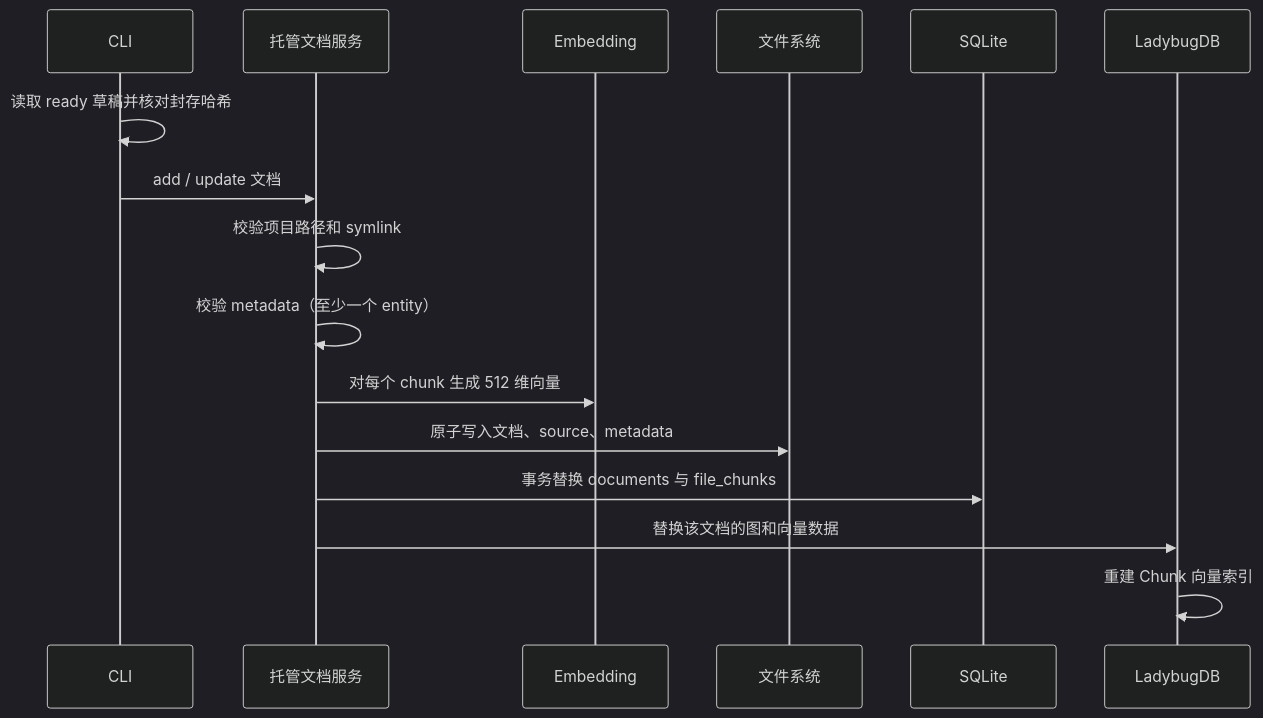
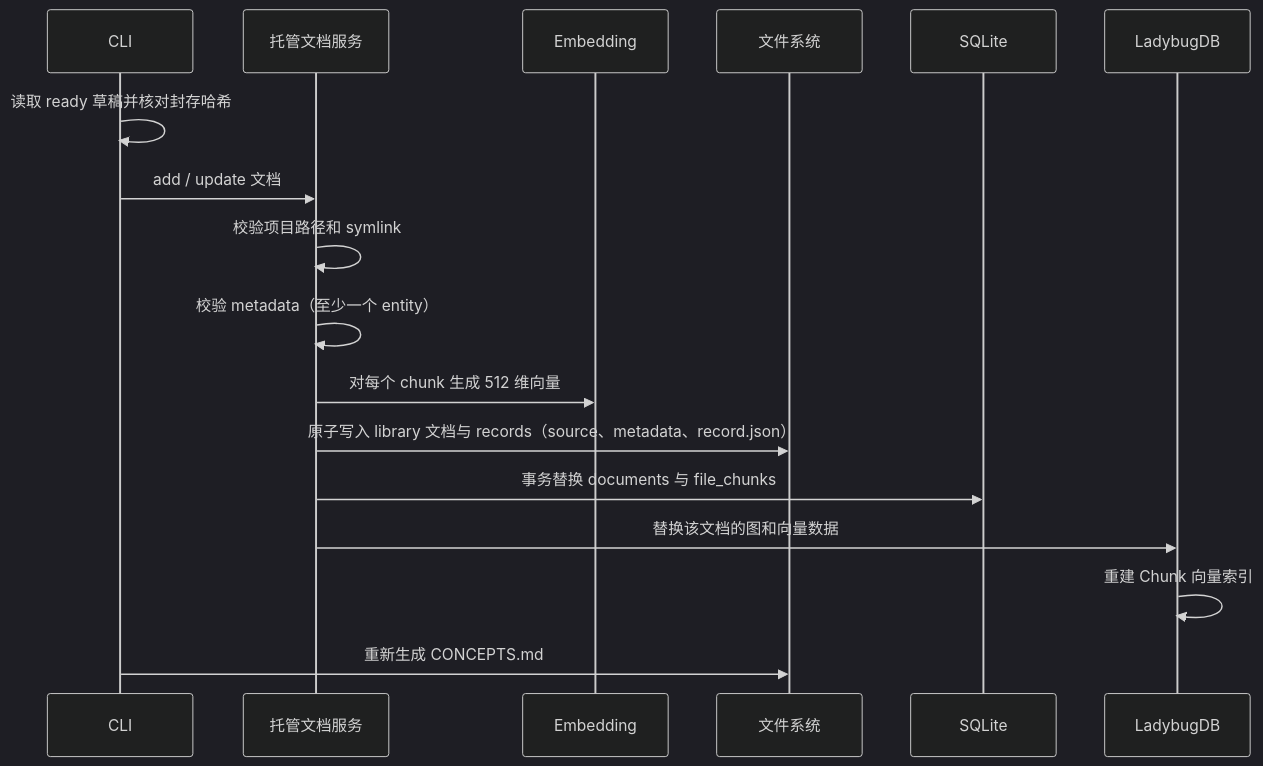
One commit to guilianerde/docnexus changed the third of 4 diagrams in docs/architecture/overview.zh-CN.md. Above: the diagram before and after it, drawn with Mermaid (dark theme). The commit also changed other lines of this file and 7 other files, not shown here.

First line of the commit message:
docs: sync project documentation with records, concepts, and autonomous recall

````diff
--- a/docs/architecture/overview.zh-CN.md
+++ b/docs/architecture/overview.zh-CN.md
@@ -144,19 +158,20 @@
 ```mermaid
 sequenceDiagram
     participant C as CLI
     participant M as 托管文档服务
     participant E as Embedding
     participant F as 文件系统
     participant S as SQLite
     participant L as LadybugDB
 
     C->>C: 读取 ready 草稿并核对封存哈希
     C->>M: add / update 文档
     M->>M: 校验项目路径和 symlink
     M->>M: 校验 metadata（至少一个 entity）
     M->>E: 对每个 chunk 生成 512 维向量
-    M->>F: 原子写入文档、source、metadata
+    M->>F: 原子写入 library 文档与 records（source、metadata、record.json）
     M->>S: 事务替换 documents 与 file_chunks
     M->>L: 替换该文档的图和向量数据
     L->>L: 重建 Chunk 向量索引
+    C->>F: 重新生成 CONCEPTS.md
 ```
````
